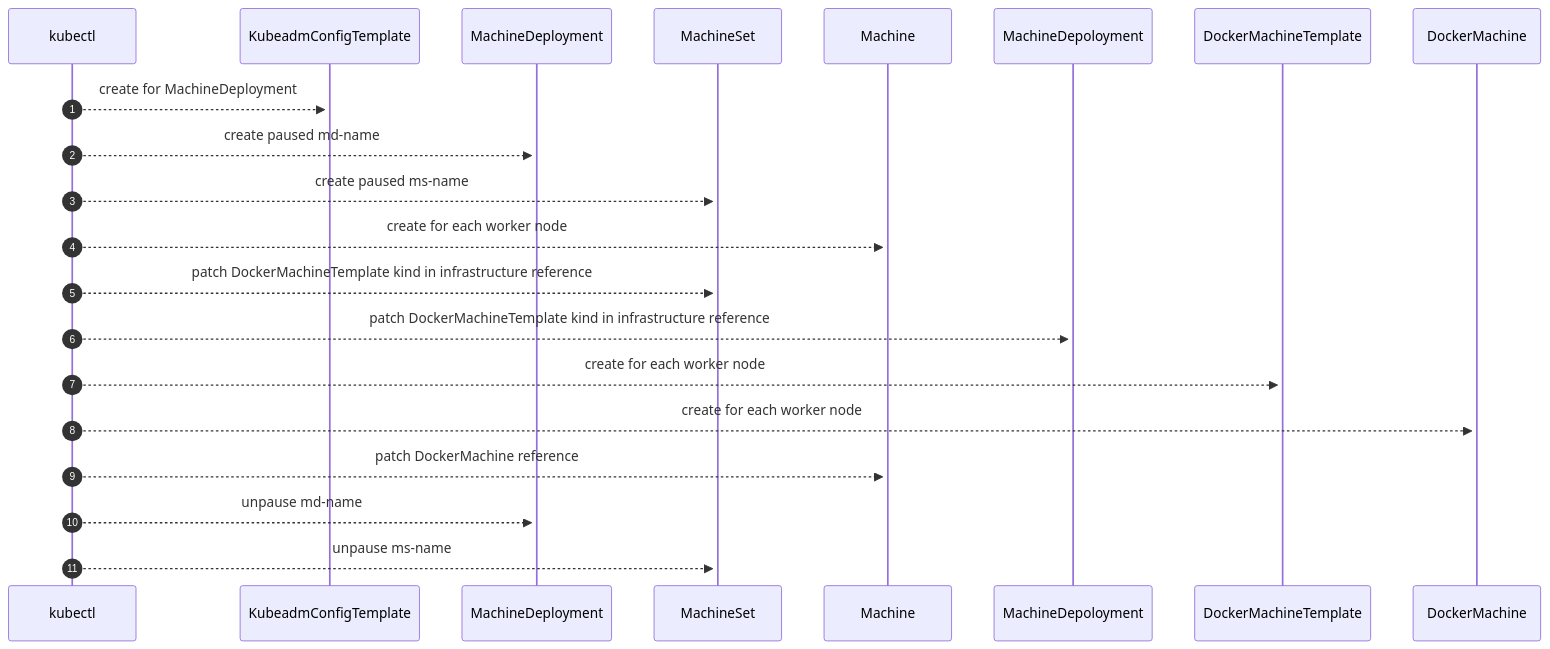
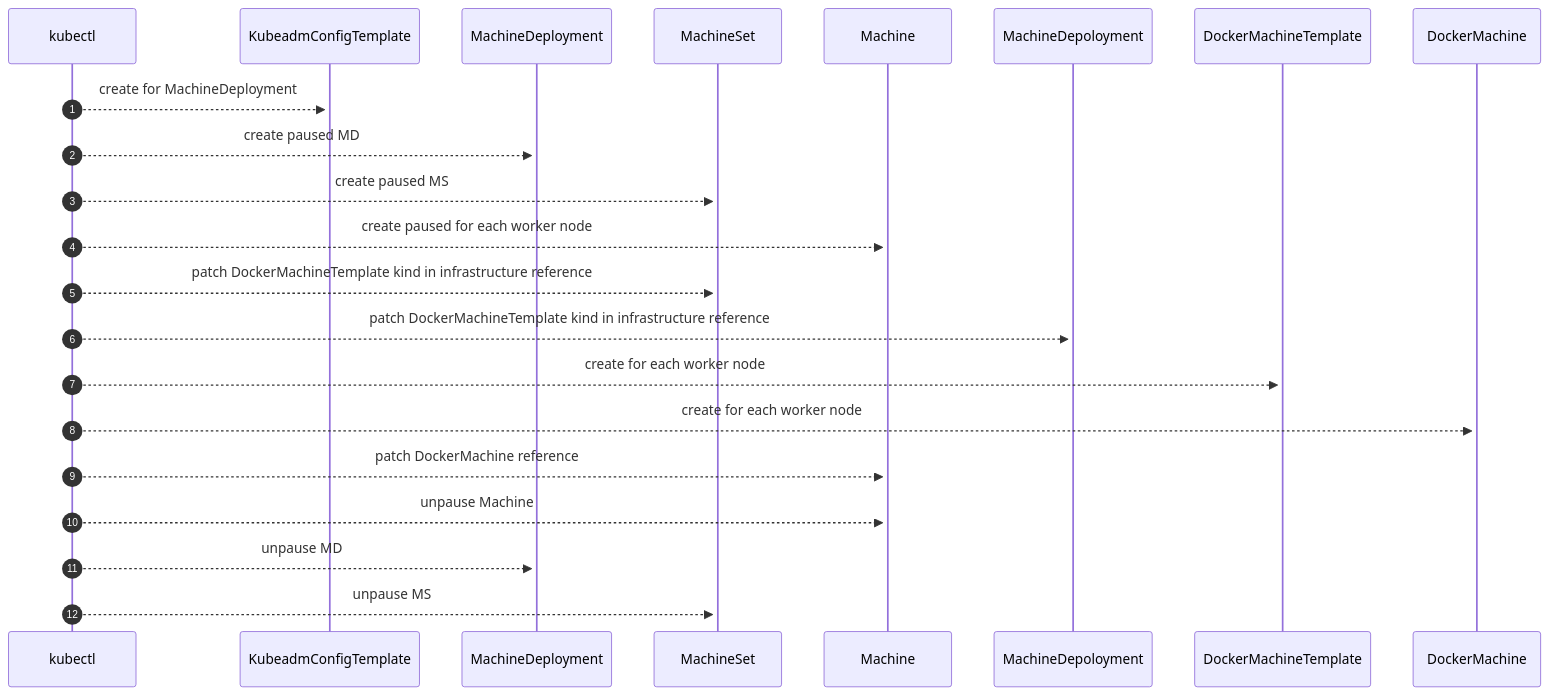
One commit to tobiasgiese/cluster-api-migration changed the third of 3 diagrams in providers/docker/README.md. Above: the diagram before and after it, drawn with Mermaid. The commit also changed other lines of this file, not shown here.

Commit message:
Update uml

````diff
--- a/providers/docker/README.md
+++ b/providers/docker/README.md
@@ -39,15 +40,16 @@
 ```mermaid
 %%{init:{"fontFamily":"monospace", "sequence":{"showSequenceNumbers":true}}}%%
 sequenceDiagram
     kubectl-->>+KubeadmConfigTemplate: create for MachineDeployment
-    kubectl-->>+MachineDeployment: create paused md-name
-    kubectl-->>+MachineSet: create paused ms-name
-    kubectl-->>+Machine: create for each worker node
+    kubectl-->>+MachineDeployment: create paused MD
+    kubectl-->>+MachineSet: create paused MS
+    kubectl-->>+Machine: create paused for each worker node
     kubectl-->>+MachineSet: patch DockerMachineTemplate kind in infrastructure reference
     kubectl-->>+MachineDepoloyment: patch DockerMachineTemplate kind in infrastructure reference
     kubectl-->>+DockerMachineTemplate: create for each worker node
     kubectl-->>+DockerMachine: create for each worker node
     kubectl-->>+Machine: patch DockerMachine reference
-    kubectl-->>+MachineDeployment: unpause md-name
-    kubectl-->>+MachineSet: unpause ms-name
+    kubectl-->>+Machine: unpause Machine
+    kubectl-->>+MachineDeployment: unpause MD
+    kubectl-->>+MachineSet: unpause MS
 ```
````
